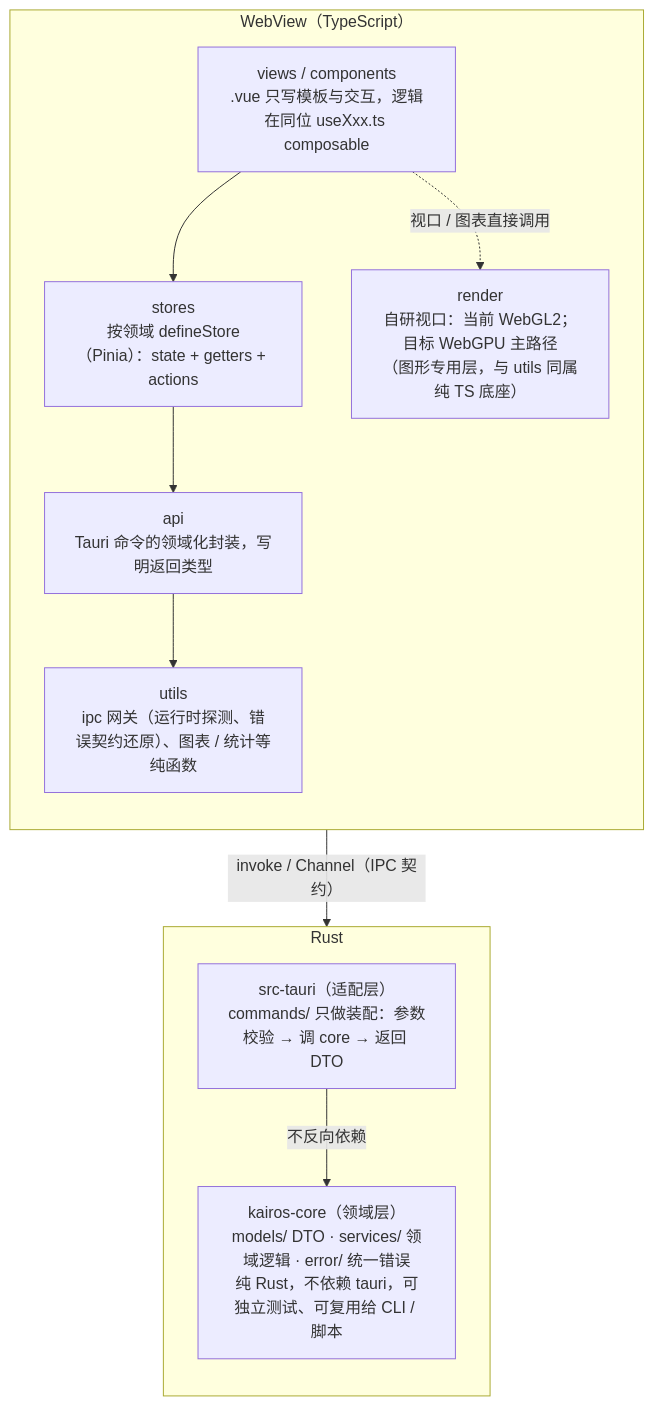
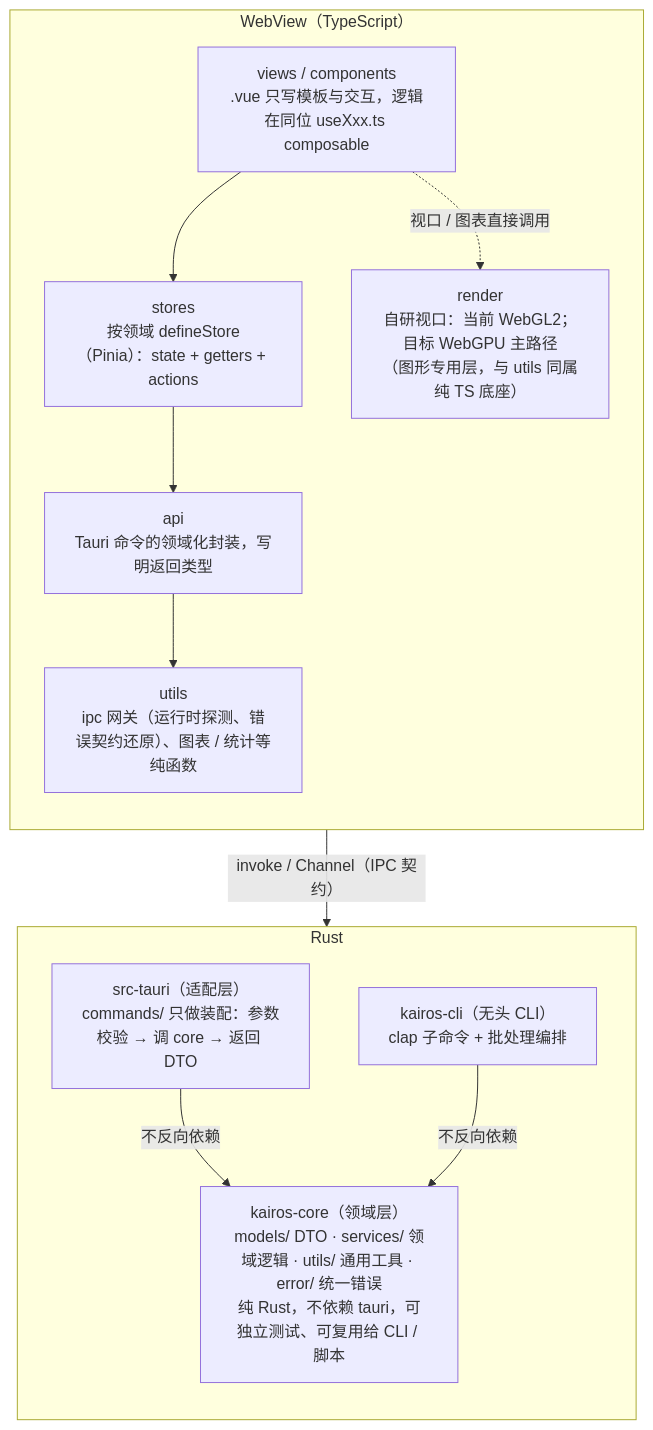
The first of 2 diagrams in ai-docs/ARCHITECTURE.md (Yuki-Nagori/kairos), drawn with Mermaid before and after one commit. The commit also changed other lines of this file and 4 other files, not shown here.

````diff
--- a/ai-docs/ARCHITECTURE.md
+++ b/ai-docs/ARCHITECTURE.md
@@ -9,22 +9,24 @@
 ```mermaid
 flowchart TB
     subgraph web ["WebView（TypeScript）"]
         direction TB
         VC["views / components<br>.vue 只写模板与交互，逻辑在同位 useXxx.ts composable"]
         ST["stores<br>按领域 defineStore（Pinia）：state + getters + actions"]
         API["api<br>Tauri 命令的领域化封装，写明返回类型"]
         UT["utils<br>ipc 网关（运行时探测、错误契约还原）、图表 / 统计等纯函数"]
         R["render<br>自研视口：当前 WebGL2；目标 WebGPU 主路径<br>（图形专用层，与 utils 同属纯 TS 底座）"]
         VC --> ST
         ST --> API
         API --> UT
         VC -. "视口 / 图表直接调用" .-> R
     end
     subgraph rust ["Rust"]
         direction TB
         CMD["src-tauri（适配层）<br>commands/ 只做装配：参数校验 → 调 core → 返回 DTO"]
-        CORE["kairos-core（领域层）<br>models/ DTO · services/ 领域逻辑 · error/ 统一错误<br>纯 Rust，不依赖 tauri，可独立测试、可复用给 CLI / 脚本"]
+        CLI["kairos-cli（无头 CLI）<br>clap 子命令 + 批处理编排"]
+        CORE["kairos-core（领域层）<br>models/ DTO · services/ 领域逻辑 · utils/ 通用工具 · error/ 统一错误<br>纯 Rust，不依赖 tauri，可独立测试、可复用给 CLI / 脚本"]
         CMD -- "不反向依赖" --> CORE
+        CLI -- "不反向依赖" --> CORE
     end
     API -- "invoke / Channel（IPC 契约）" --> CMD
 ```
````
